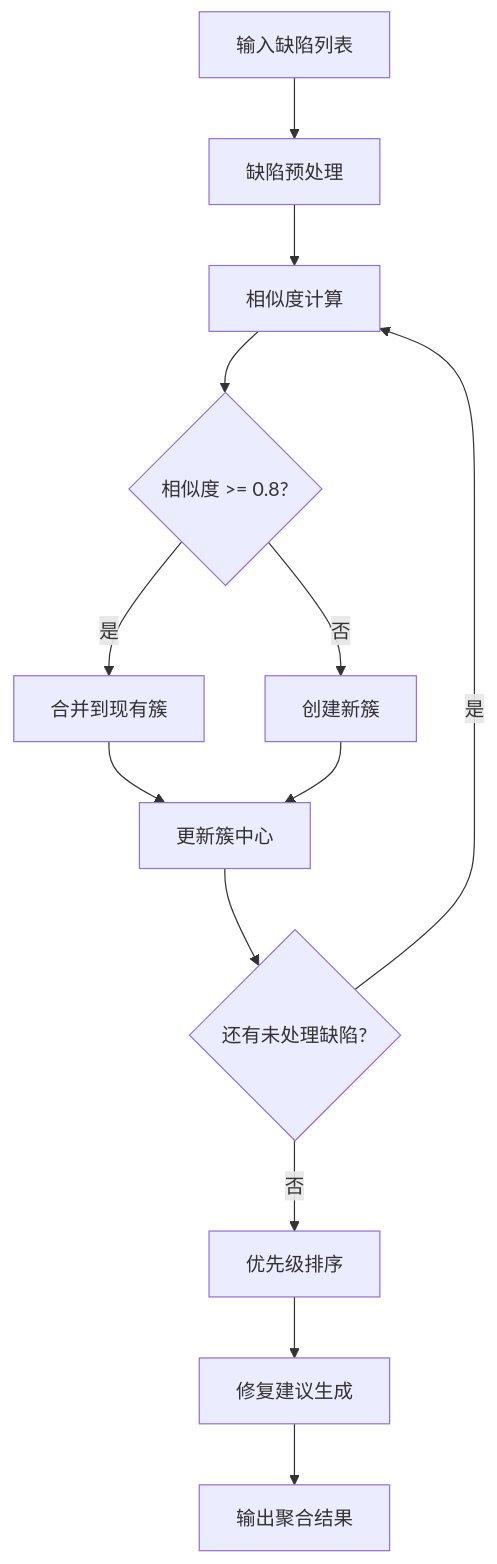
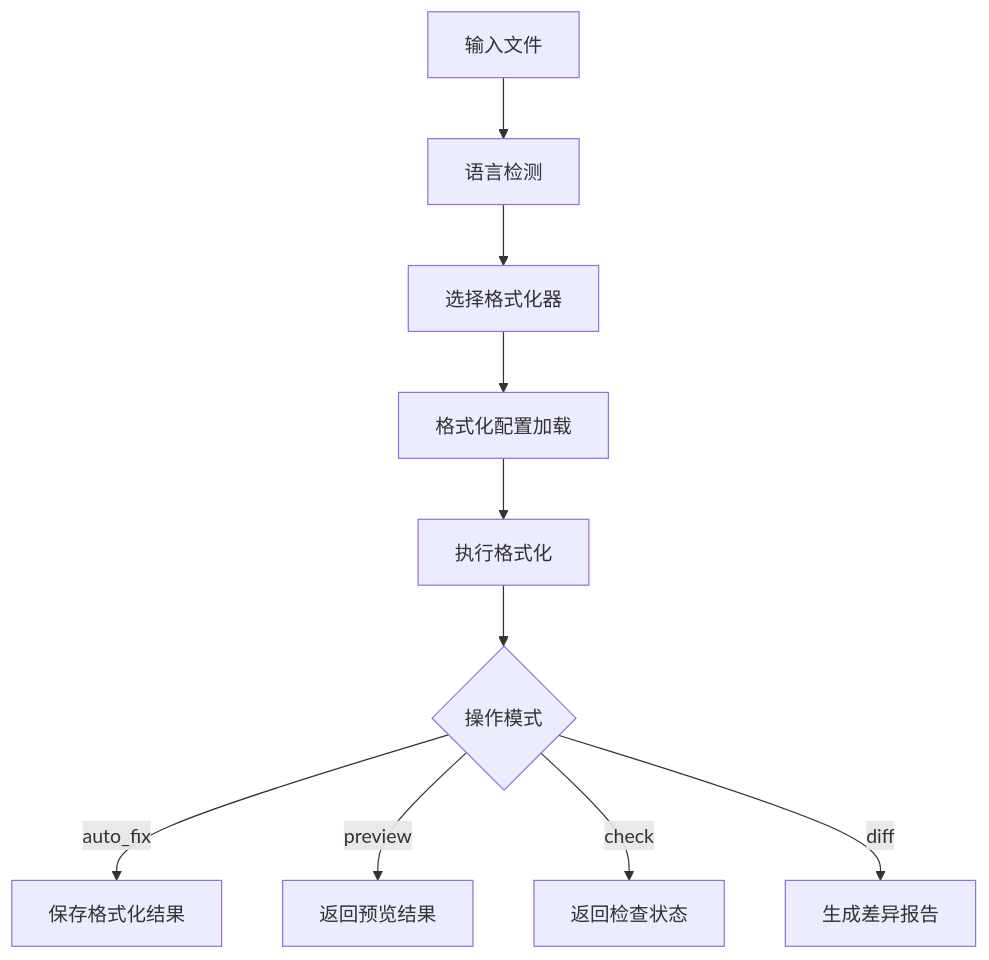
One commit to 3uyuan1ee/Fix_agent changed the sixth of 20 diagrams in docs/tools_architecture.md. Above: the diagram before and after it, drawn with Mermaid. The commit also changed other lines of this file, not shown here.

````diff
--- a/docs/tools_architecture.md
+++ b/docs/tools_architecture.md
@@ -227,15 +284,13 @@
 ```mermaid
 flowchart TD
-    A[输入缺陷列表] --> B[缺陷预处理]
-    B --> C[相似度计算]
-    C --> D{相似度 >= 0.8?}
-    D -->|是| E[合并到现有簇]
-    D -->|否| F[创建新簇]
-    E --> G[更新簇中心]
-    F --> G
-    G --> H{还有未处理缺陷?}
-    H -->|是| C
-    H -->|否| I[优先级排序]
-    I --> J[修复建议生成]
-    J --> K[输出聚合结果]
+    A[输入文件] --> B[语言检测]
+    B --> C[选择格式化器]
+    C --> D[格式化配置加载]
+    D --> E[执行格式化]
+    E --> F{操作模式}
+
+    F -->|auto_fix| G[保存格式化结果]
+    F -->|preview| H[返回预览结果]
+    F -->|check| I[返回检查状态]
+    F -->|diff| J[生成差异报告]
 ```
````
